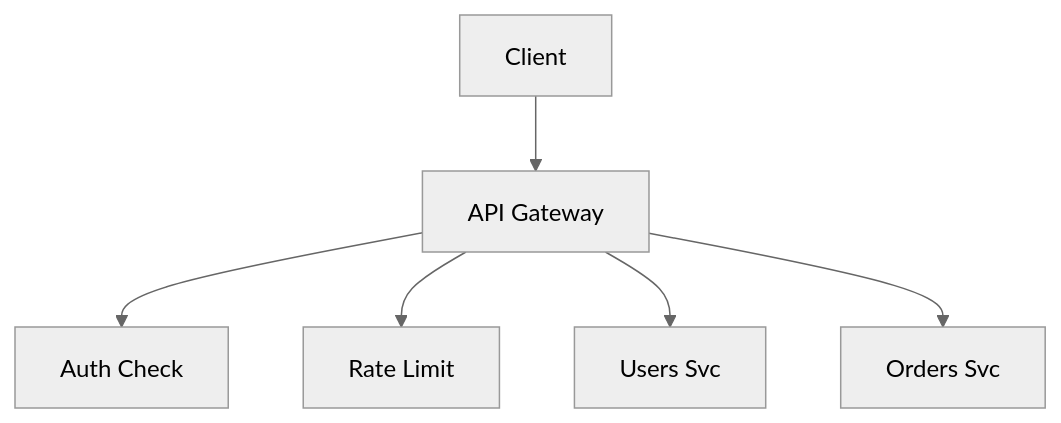
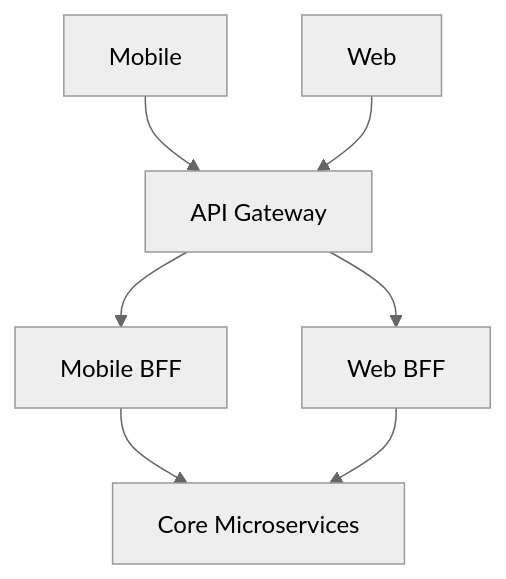
Before and after one commit to hareramcse/SystemDesign: the ninth of 26 diagrams in 07-api-desing/README.md, drawn with Mermaid (neutral theme). The commit also changed other lines of this file and 14 other files, not shown here.

````diff
--- a/07-api-desing/README.md
+++ b/07-api-desing/README.md
@@ -320,8 +589,9 @@
 ```mermaid
 flowchart TB
-    Client --> GW[API Gateway]
-    GW --> Auth[Auth Check]
-    GW --> RL[Rate Limit]
-    GW --> S1[Users Svc]
-    GW --> S2[Orders Svc]
+    Mobile --> GW[API Gateway]
+    Web --> GW
+    GW --> MobileBFF[Mobile BFF]
+    GW --> WebBFF[Web BFF]
+    MobileBFF --> Core[Core Microservices]
+    WebBFF --> Core
 ```
````
